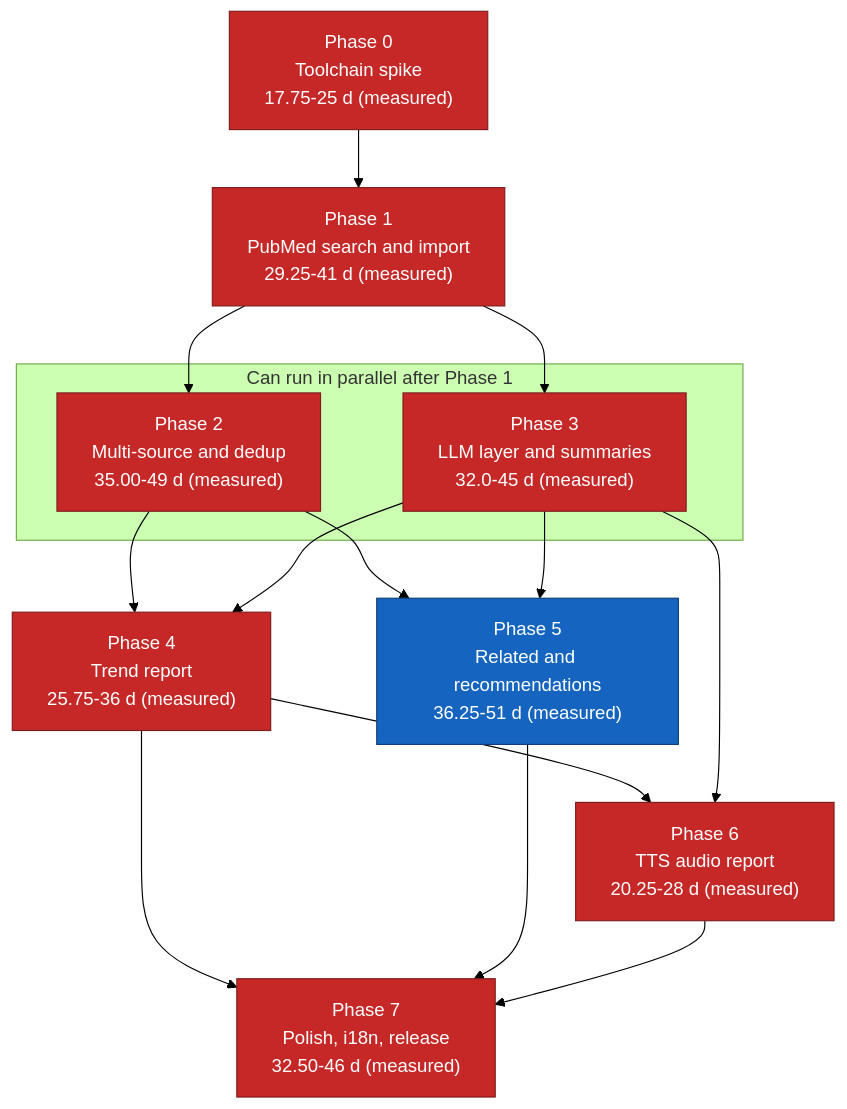
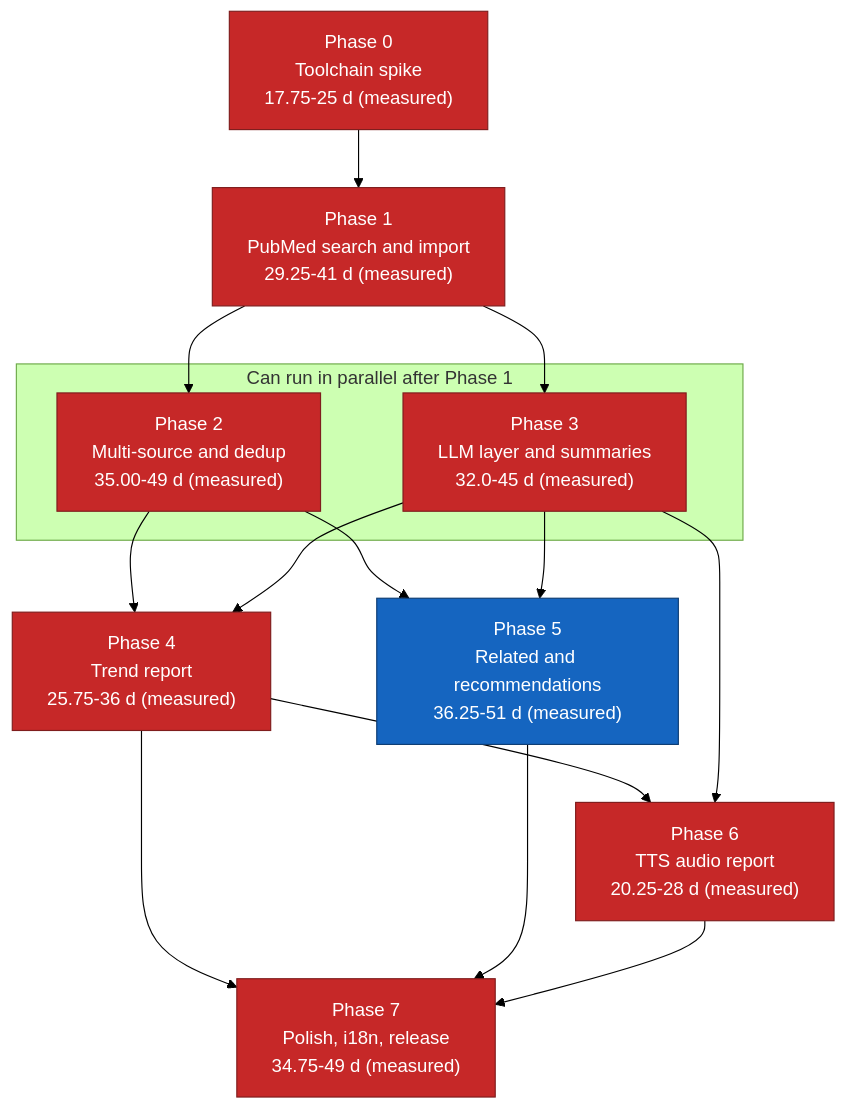
One commit to suppakoko/research_helper changed the diagram in docs/11-implementation-roadmap.md. Above: the diagram before and after it, drawn with Mermaid (forest theme). The commit also changed other lines of this file and 17 other files, not shown here.

````diff
--- a/docs/11-implementation-roadmap.md
+++ b/docs/11-implementation-roadmap.md
@@ -327,34 +327,34 @@
 ```mermaid
 graph TD
     P0["Phase 0<br/>Toolchain spike<br/>17.75-25 d (measured)"]
     P1["Phase 1<br/>PubMed search and import<br/>29.25-41 d (measured)"]
     P2["Phase 2<br/>Multi-source and dedup<br/>35.00-49 d (measured)"]
     P3["Phase 3<br/>LLM layer and summaries<br/>32.0-45 d (measured)"]
     P4["Phase 4<br/>Trend report<br/>25.75-36 d (measured)"]
     P5["Phase 5<br/>Related and recommendations<br/>36.25-51 d (measured)"]
     P6["Phase 6<br/>TTS audio report<br/>20.25-28 d (measured)"]
-    P7["Phase 7<br/>Polish, i18n, release<br/>32.50-46 d (measured)"]
+    P7["Phase 7<br/>Polish, i18n, release<br/>34.75-49 d (measured)"]
 
     P0 --> P1
     P1 --> P2
     P1 --> P3
     P2 --> P4
     P3 --> P4
     P2 --> P5
     P3 --> P5
     P4 --> P6
     P3 --> P6
     P4 --> P7
     P5 --> P7
     P6 --> P7
 
     subgraph parallel["Can run in parallel after Phase 1"]
         P2
         P3
     end
 
     classDef critical fill:#c62828,stroke:#7f1d1d,color:#ffffff
     classDef normal fill:#1565c0,stroke:#0d3c73,color:#ffffff
     class P0,P1,P2,P3,P4,P6,P7 critical
     class P5 normal
 ```
````
